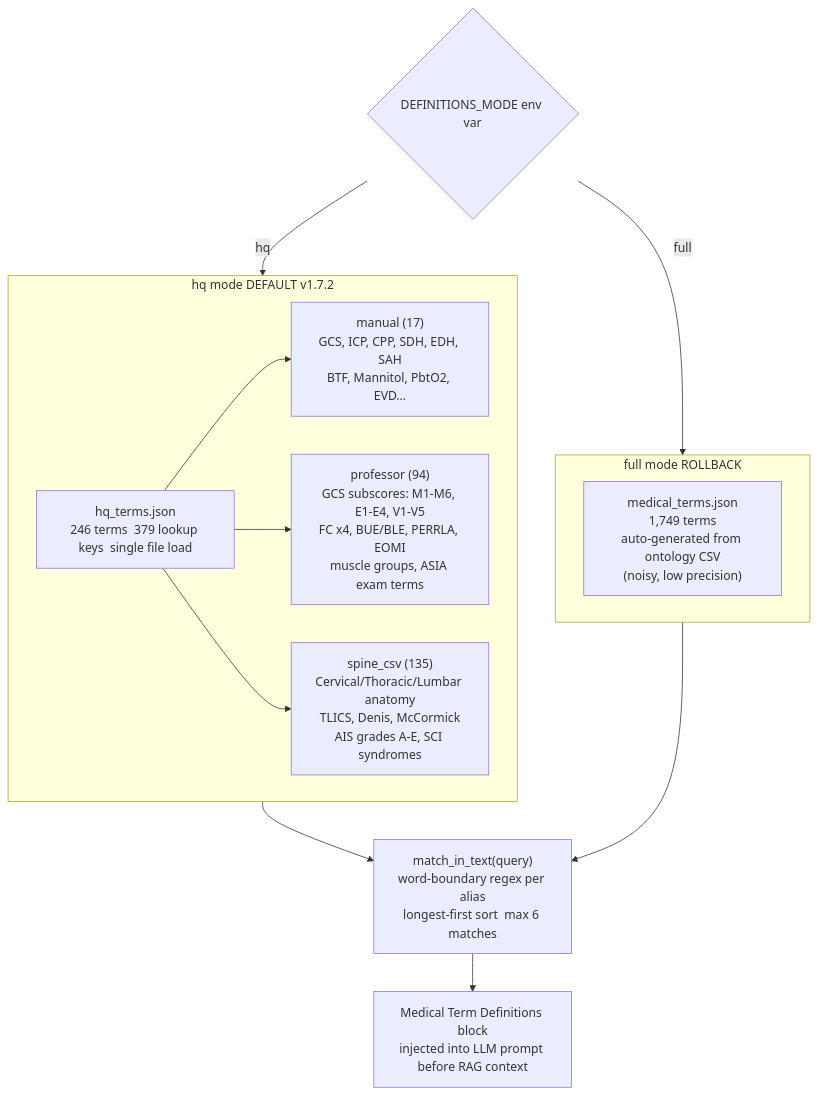
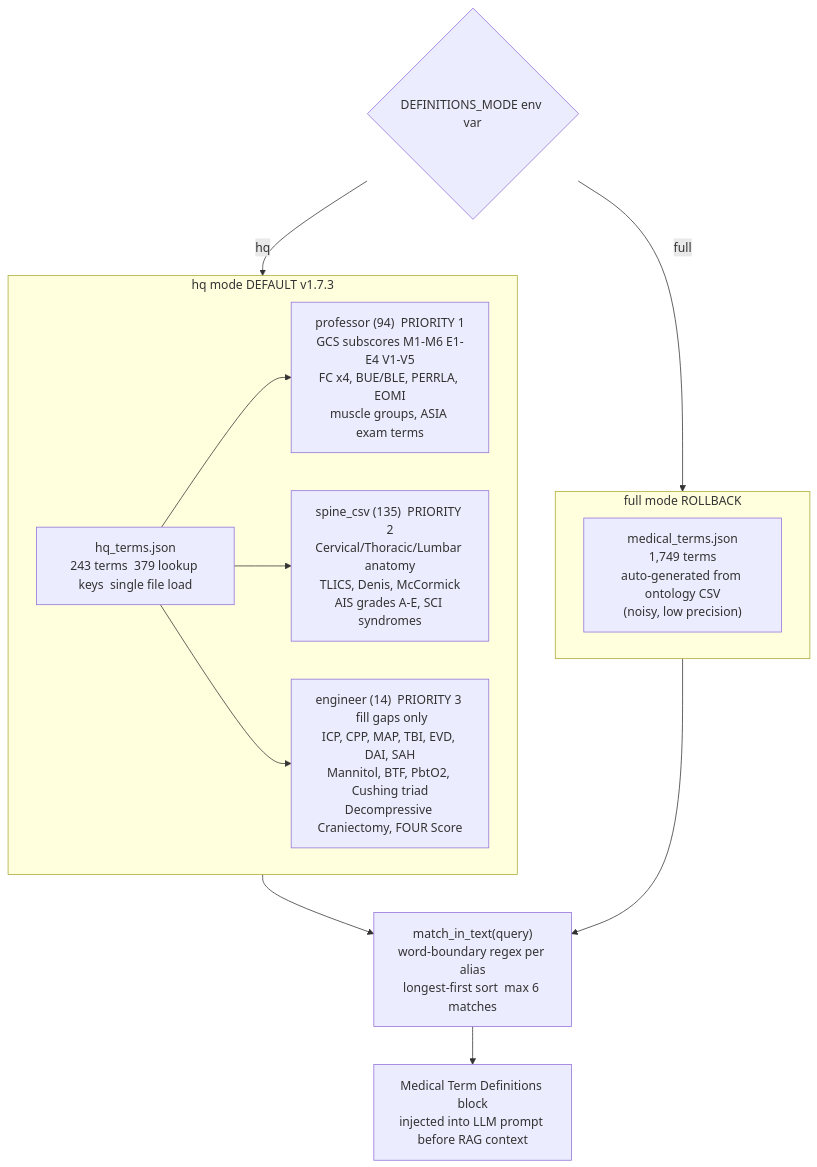
The fifth of 10 diagrams in ARCHITECTURE.md (born-june04/WiseMind), drawn with Mermaid before and after one commit. The commit also changed other lines of this file, not shown here.

First line of the commit message:
docs(v1.7.3): update Definitions Layer diagram, rename manual->engineer

````diff
--- a/ARCHITECTURE.md
+++ b/ARCHITECTURE.md
@@ -190,27 +190,27 @@
 ```mermaid
 flowchart TD
     ENV{"DEFINITIONS_MODE env var"}
 
-    subgraph HQ["hq mode  DEFAULT  v1.7.2"]
-        HQ1["hq_terms.json\n246 terms  379 lookup keys  single file load"]
-        HQ2["manual (17)\nGCS, ICP, CPP, SDH, EDH, SAH\nBTF, Mannitol, PbtO2, EVD..."]
-        HQ3["professor (94)\nGCS subscores: M1-M6, E1-E4, V1-V5\nFC x4, BUE/BLE, PERRLA, EOMI\nmuscle groups, ASIA exam terms"]
-        HQ4["spine_csv (135)\nCervical/Thoracic/Lumbar anatomy\nTLICS, Denis, McCormick\nAIS grades A-E, SCI syndromes"]
+    subgraph HQ["hq mode  DEFAULT  v1.7.3"]
+        HQ1["hq_terms.json\n243 terms  379 lookup keys  single file load"]
+        HQ2["professor (94)  PRIORITY 1\nGCS subscores M1-M6 E1-E4 V1-V5\nFC x4, BUE/BLE, PERRLA, EOMI\nmuscle groups, ASIA exam terms"]
+        HQ3["spine_csv (135)  PRIORITY 2\nCervical/Thoracic/Lumbar anatomy\nTLICS, Denis, McCormick\nAIS grades A-E, SCI syndromes"]
+        HQ4["engineer (14)  PRIORITY 3  fill gaps only\nICP, CPP, MAP, TBI, EVD, DAI, SAH\nMannitol, BTF, PbtO2, Cushing triad\nDecompressive Craniectomy, FOUR Score"]
         HQ1 --> HQ2
         HQ1 --> HQ3
         HQ1 --> HQ4
     end
 
     subgraph FULL["full mode  ROLLBACK"]
         F1["medical_terms.json\n1,749 terms\nauto-generated from ontology CSV\n(noisy, low precision)"]
     end
 
     MATCH["match_in_text(query)\nword-boundary regex per alias\nlongest-first sort  max 6 matches"]
     CTX["Medical Term Definitions block\ninjected into LLM prompt before RAG context"]
 
     ENV -->|"hq"| HQ
     ENV -->|"full"| FULL
     HQ --> MATCH
     FULL --> MATCH
     MATCH --> CTX
 ```
````
